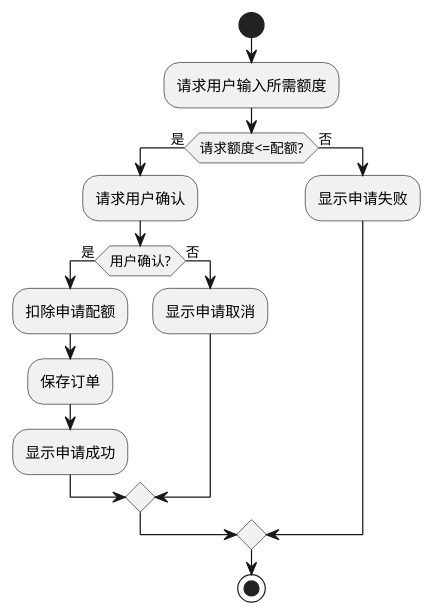
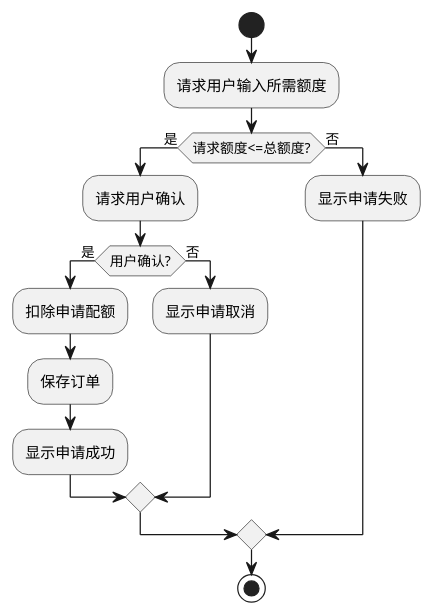
The diagram in report/misc/figure_src/uc_sub/uc_provider_request_quota.puml (wwyf/Waterfall), drawn with PlantUML before and after one commit. The commit also changed 7 other files, not shown here.

```diff
--- a/report/misc/figure_src/uc_sub/uc_provider_request_quota.puml
+++ b/report/misc/figure_src/uc_sub/uc_provider_request_quota.puml
@@ -1,18 +1,18 @@
 @startuml
 ''' Layout
 start
 :请求用户输入所需额度;
-if (请求额度<=配额?) then (是)
+if (请求额度<=总额度?) then (是)
     :请求用户确认;
     if (用户确认?) then (是)
         :扣除申请配额;
         :保存订单;
         :显示申请成功;
     else (否)
         :显示申请取消;
     endif
 else (否)
     :显示申请失败;
 endif
 stop
 @enduml
```
